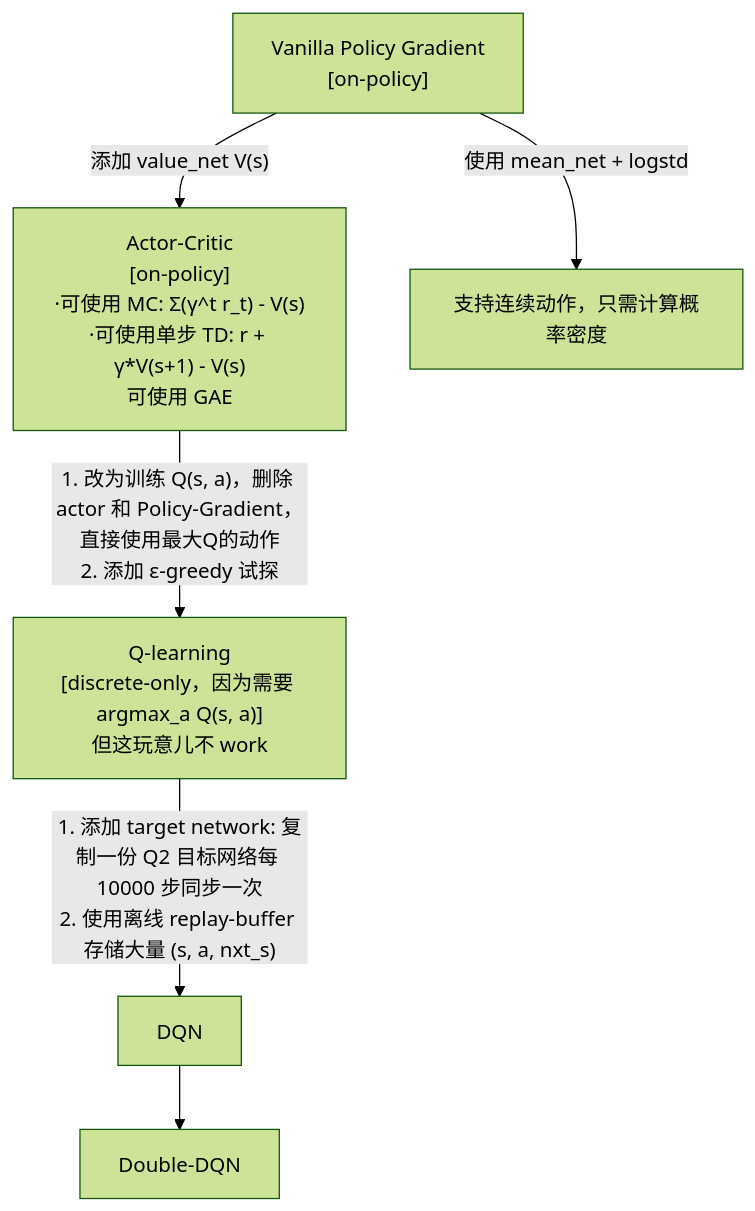
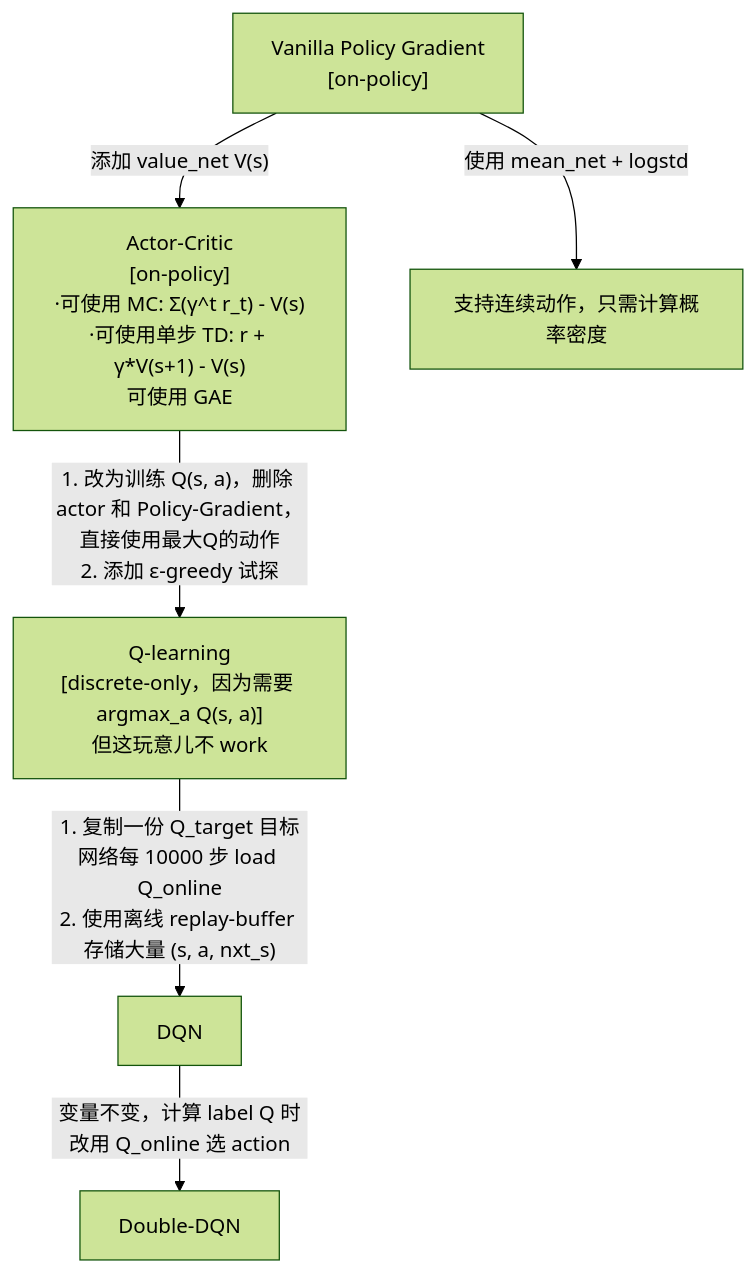
One commit to julyfun/how-to changed the diagram in 技术学习/285/285-0.md. Above: the diagram before and after it, drawn with Mermaid (forest theme). The commit also changed 1 other file, not shown here.

Commit message:
M 240730-摸鱼日志.md | M 技术学习/285/285-0.md

````diff
--- a/技术学习/285/285-0.md
+++ b/技术学习/285/285-0.md
@@ -11,9 +11,9 @@
 ```mermaid
 flowchart TD
     PG["Vanilla Policy Gradient<br>[on-policy]"] -->|"添加 value_net V(s)"| AC
     AC["Actor-Critic<br>[on-policy]<br>·可使用 MC: Σ(γ^t r_t) - V(s)<br>·可使用单步 TD: r + γ*V(s+1) - V(s)<br>可使用 GAE"]
     PG -->|使用 mean_net + logstd| cont[支持连续动作，只需计算概率密度]
     AC -->|"1. 改为训练 Q(s, a)，删除 actor 和 Policy-Gradient，直接使用最大Q的动作<br>2. 添加 ε-greedy 试探"| Q-learning["Q-learning<br>[discrete-only，因为需要 argmax_a Q(s, a)]<br>但这玩意儿不 work"]
-    Q-learning -->|"1. 添加 target network: 复制一份 Q2 目标网络每 10000 步同步一次<br>2. 使用离线 replay-buffer 存储大量 (s, a, nxt_s)"| DQN
-    DQN --> Double-DQN
+    Q-learning -->|"1. 复制一份 Q_target 目标网络每 10000 步 load Q_online<br>2. 使用离线 replay-buffer 存储大量 (s, a, nxt_s)"| DQN
+    DQN -->|"变量不变，计算 label Q 时改用 Q_online 选 action"| Double-DQN
 ```
````
